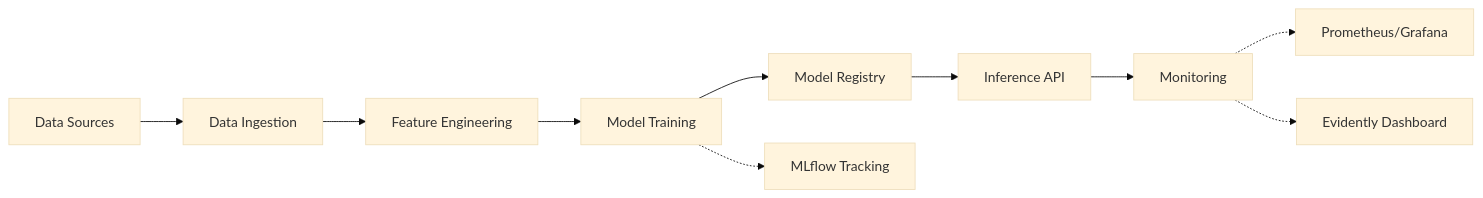
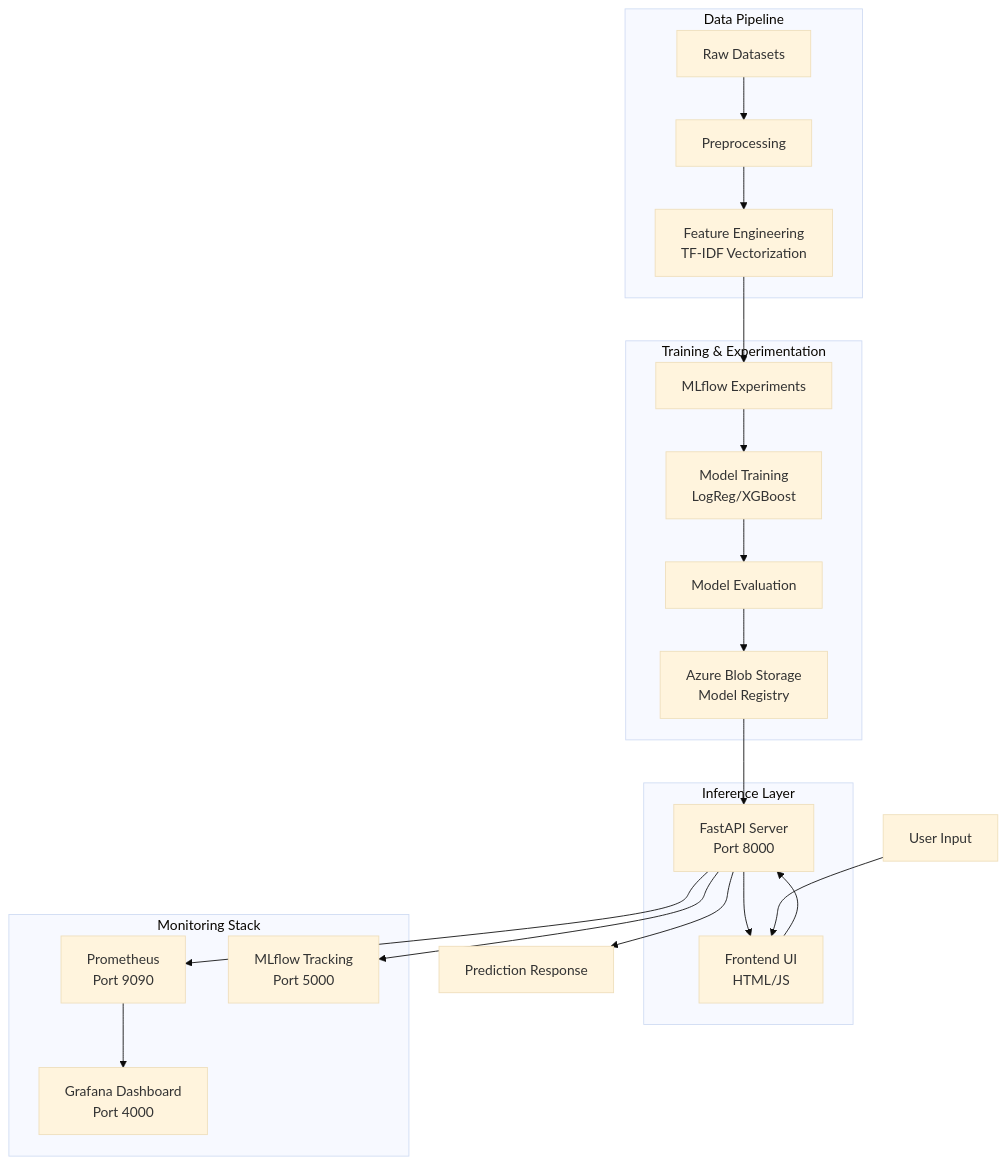
One commit to al-Jurjani/DetoxifyAI changed the diagram in README.md. Above: the diagram before and after it, drawn with Mermaid (base theme). The commit also changed other lines of this file, not shown here.

````diff
--- a/README.md
+++ b/README.md
@@ -7,13 +9,29 @@
 ```mermaid
-graph LR
-    A[Data Sources] --> B[Data Ingestion]
-    B --> C[Feature Engineering]
-    C --> D[Model Training]
-    D --> E[Model Registry]
-    E --> F[Inference API]
-    F --> G[Monitoring]
+graph TB
+    subgraph "Data Pipeline"
+        A[Raw Datasets] --> B[Preprocessing]
+        B --> C[Feature Engineering<br/>TF-IDF Vectorization]
+    end
 
-    D -.-> H[MLflow Tracking]
-    G -.-> I[Prometheus/Grafana]
-    G -.-> J[Evidently Dashboard]
+    subgraph "Training & Experimentation"
+        C --> D[MLflow Experiments]
+        D --> E[Model Training<br/>LogReg/XGBoost]
+        E --> F[Model Evaluation]
+        F --> G[Azure Blob Storage<br/>Model Registry]
+    end
+
+    subgraph "Inference Layer"
+        G --> H[FastAPI Server<br/>Port 8000]
+        H --> I[Frontend UI<br/>HTML/JS]
+    end
+
+    subgraph "Monitoring Stack"
+        H --> J[Prometheus<br/>Port 9090]
+        J --> K[Grafana Dashboard<br/>Port 4000]
+        H --> L[MLflow Tracking<br/>Port 5000]
+    end
+
+    M[User Input] --> I
+    I --> H
+    H --> N[Prediction Response]
 ```
````
